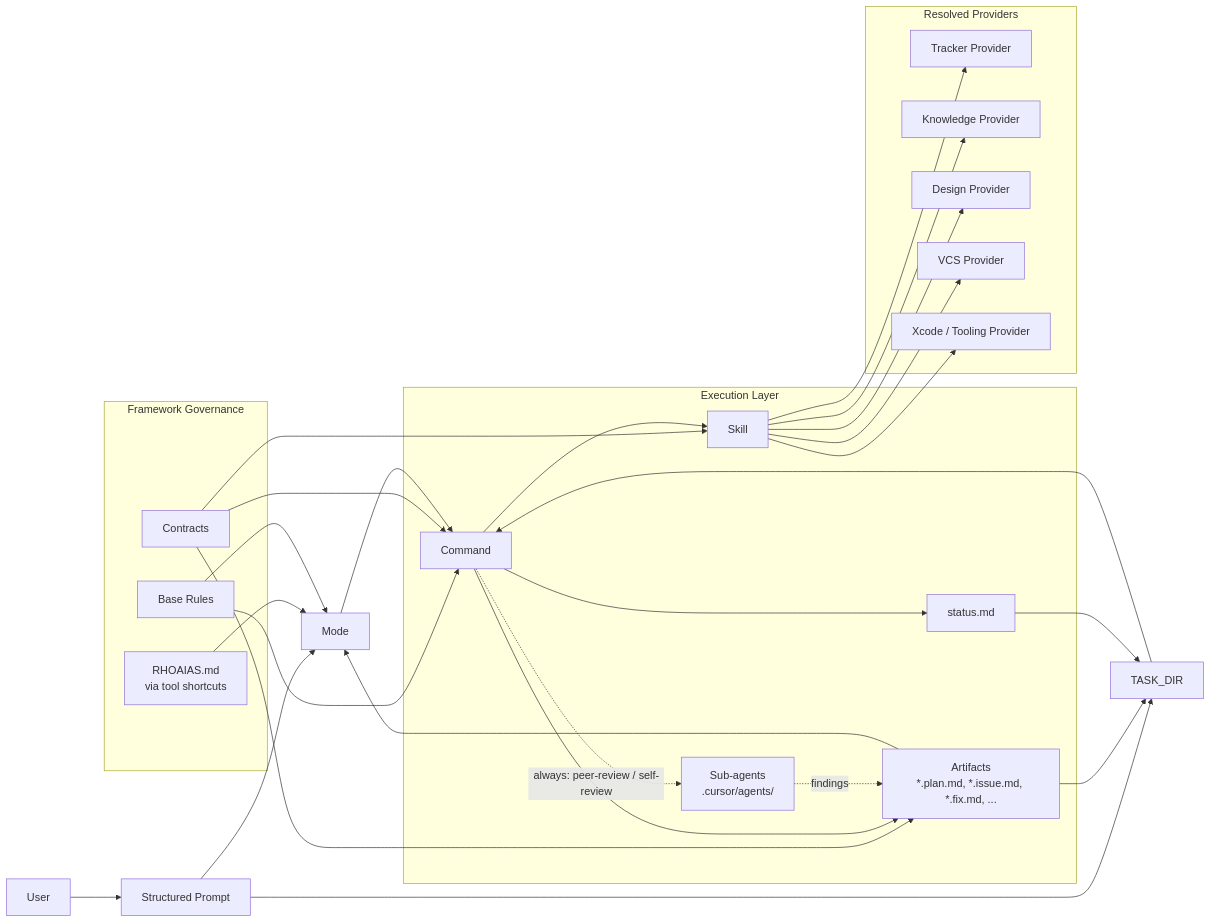
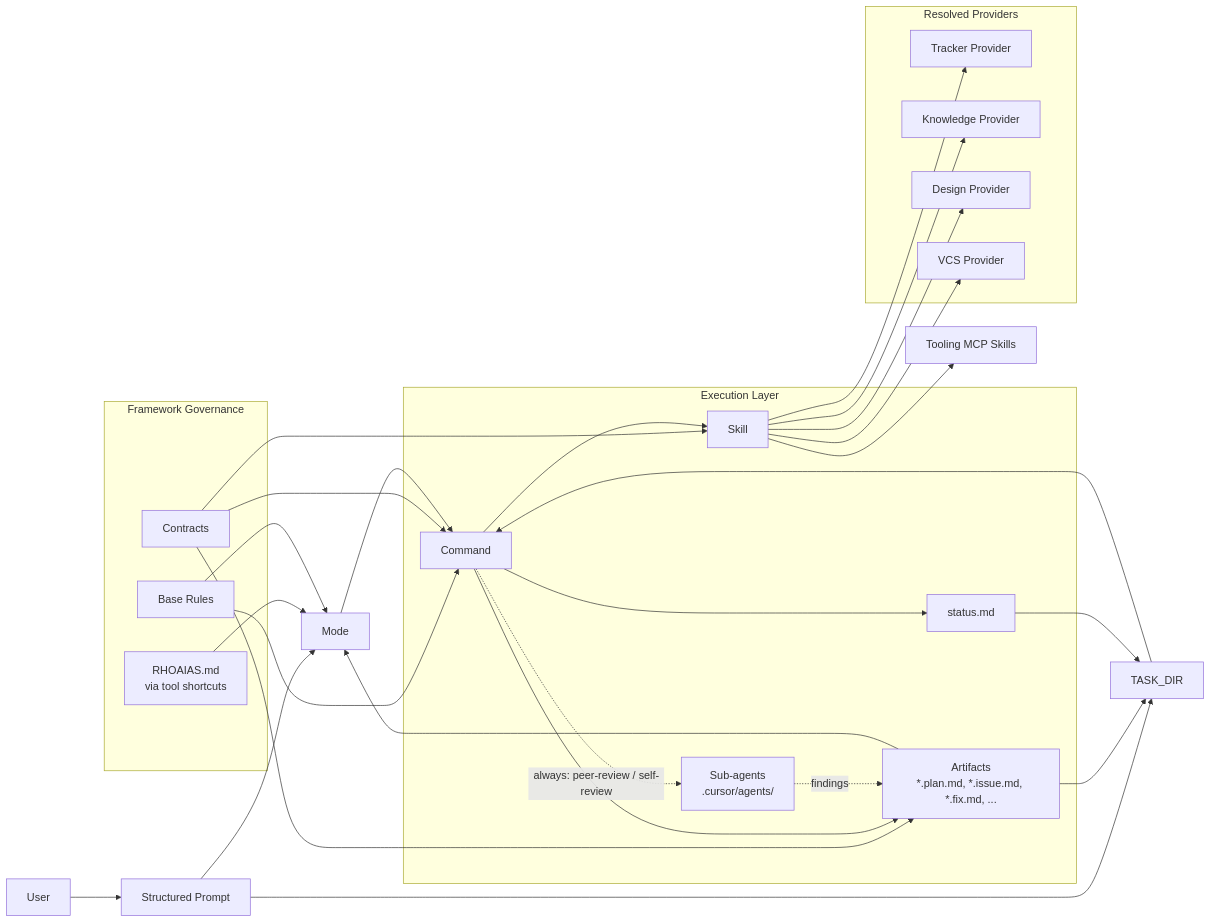
One commit to reeceGuerra/aias changed the first of 4 diagrams in docs/ARCHITECTURE.md. Above: the diagram before and after it, drawn with Mermaid. The commit also changed other lines of this file and 22 other files, not shown here.

````diff
--- a/docs/ARCHITECTURE.md
+++ b/docs/ARCHITECTURE.md
@@ -166,53 +166,54 @@
 ```mermaid
 flowchart LR
     U[User] --> SP[Structured Prompt]
     SP --> Mode[Mode]
     SP --> TaskDir[TASK_DIR]
 
     subgraph Governance["Framework Governance"]
         Context[RHOAIAS.md<br/>via tool shortcuts]
         Rules[Base Rules]
         Contracts[Contracts]
     end
 
     subgraph Execution["Execution Layer"]
         Command[Command]
         Skill[Skill]
         SubAgents["Sub-agents<br/>.cursor/agents/"]
         Status[status.md]
         Artifacts[Artifacts<br/>*.plan.md, *.issue.md, *.fix.md, ...]
     end
 
     subgraph Providers["Resolved Providers"]
         Tracker[Tracker Provider]
         Knowledge[Knowledge Provider]
         Design[Design Provider]
         VCS[VCS Provider]
-        Xcode[Xcode / Tooling Provider]
     end
+
+    Tooling[Tooling MCP Skills]
 
     Context --> Mode
     Rules --> Mode
     Rules --> Command
     Contracts --> Command
     Contracts --> Skill
     Contracts --> Artifacts
 
     Mode --> Command
     TaskDir --> Command
     Command --> Skill
     Command --> Artifacts
     Command --> Status
     Command -.->|"always: peer-review / self-review"| SubAgents
     SubAgents -.->|"findings"| Artifacts
 
     Skill --> Tracker
     Skill --> Knowledge
     Skill --> Design
     Skill --> VCS
-    Skill --> Xcode
+    Skill --> Tooling
 
     Artifacts --> TaskDir
     Status --> TaskDir
     Artifacts --> Mode
 ```
````
